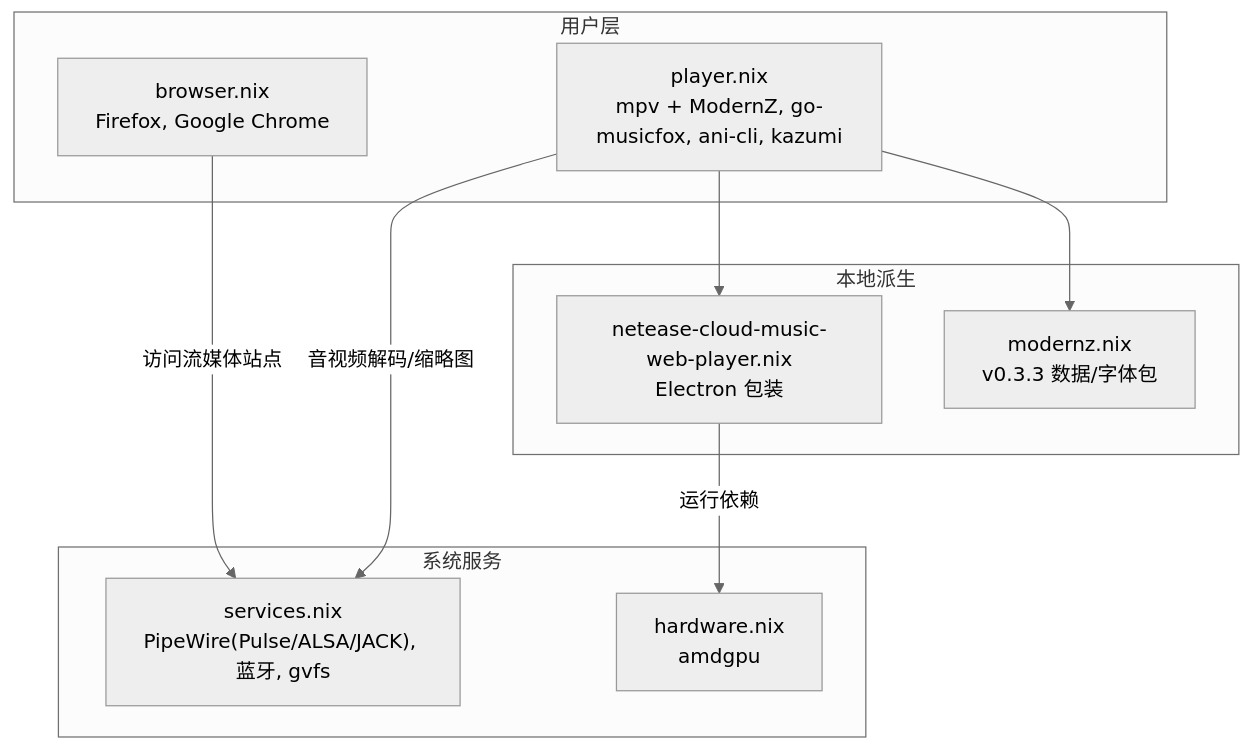
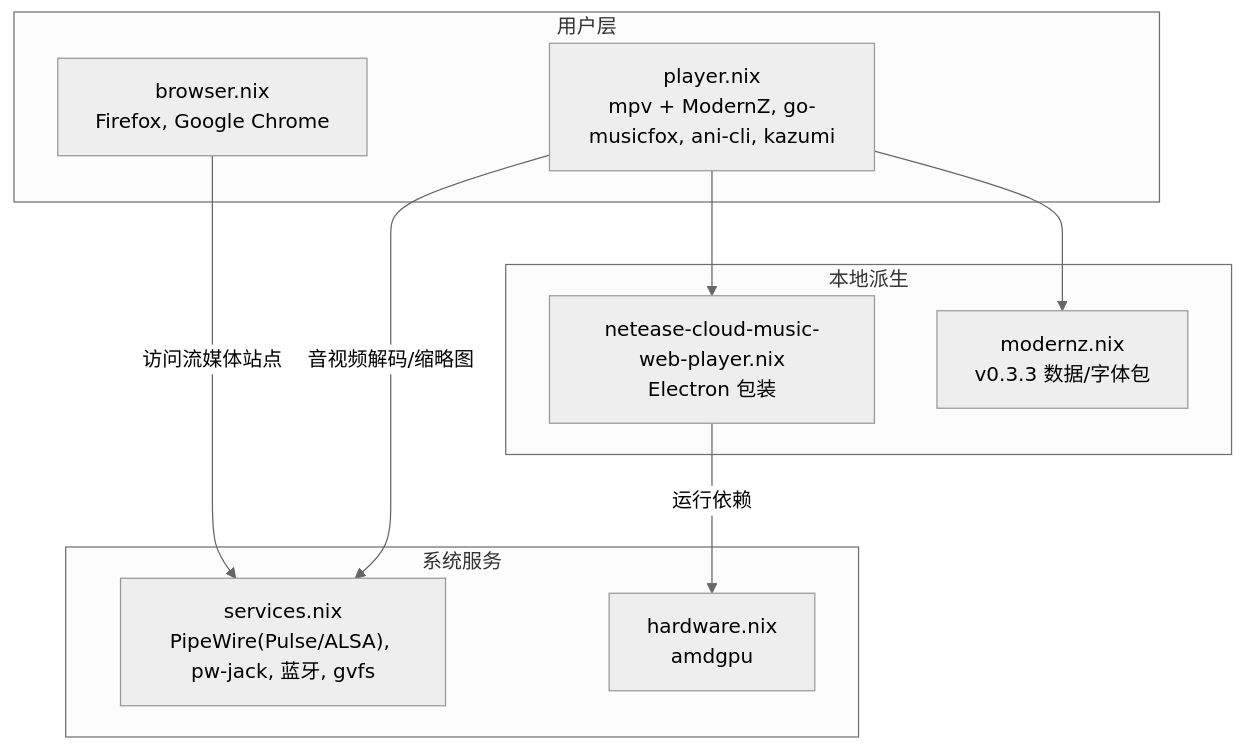
One commit to Shangshui0302/myNixOSConfig changed the diagram in wiki/leisure/media.md. Above: the diagram before and after it, drawn with Mermaid (neutral theme). The commit also changed other lines of this file and 6 other files, not shown here.

````diff
--- a/wiki/leisure/media.md
+++ b/wiki/leisure/media.md
@@ -14,20 +14,20 @@
 ```mermaid
 graph TB
 subgraph "用户层"
 P["player.nix<br/>mpv + ModernZ, go-musicfox, ani-cli, kazumi"]
 B["browser.nix<br/>Firefox, Google Chrome"]
 end
 subgraph "本地派生"
 N["netease-cloud-music-web-player.nix<br/>Electron 包装"]
 M["modernz.nix<br/>v0.3.3 数据/字体包"]
 end
 subgraph "系统服务"
-S["services.nix<br/>PipeWire(Pulse/ALSA/JACK), 蓝牙, gvfs"]
+S["services.nix<br/>PipeWire(Pulse/ALSA), pw-jack, 蓝牙, gvfs"]
 H["hardware.nix<br/>amdgpu"]
 end
 P --> N
 P --> M
 B --> |"访问流媒体站点"| S
 P --> |"音视频解码/缩略图"| S
 N --> |"运行依赖"| H
 ```
````
